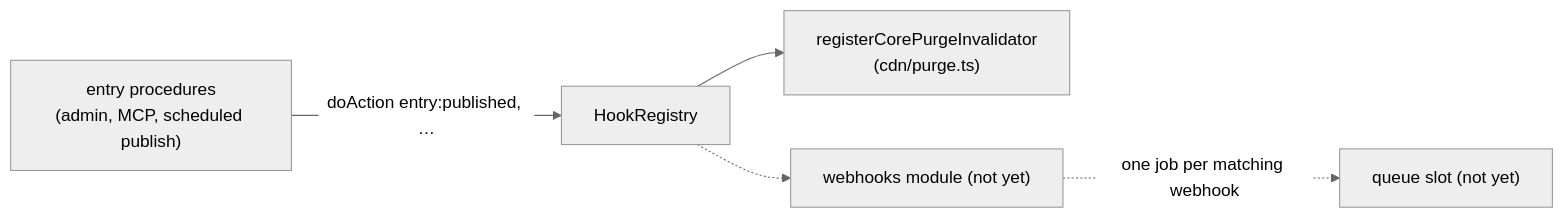
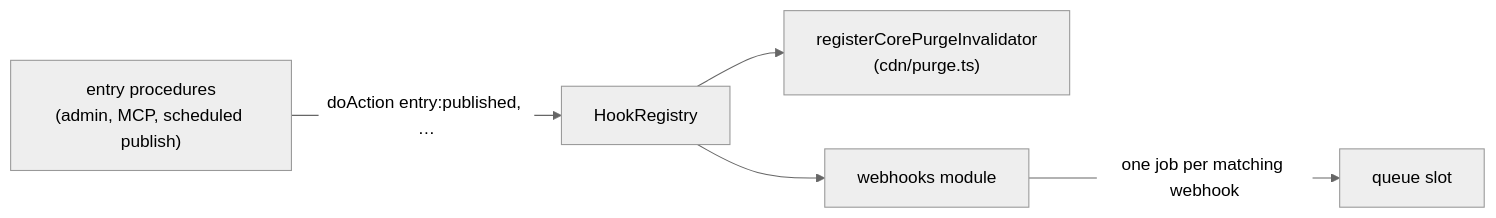
One commit to withplumix/plumix changed the second of 2 diagrams in docs/architecture/hooks.md. Above: the diagram before and after it, drawn with Mermaid (neutral theme). The commit also changed other lines of this file and 23 other files, not shown here.

````diff
--- a/docs/architecture/hooks.md
+++ b/docs/architecture/hooks.md
@@ -22,7 +22,7 @@
 ```mermaid
 flowchart LR
   proc["entry procedures<br/>(admin, MCP, scheduled publish)"] -->|"doAction entry:published, …"| H["HookRegistry"]
   H --> purge["registerCorePurgeInvalidator<br/>(cdn/purge.ts)"]
-  H -.-> wh["webhooks module (not yet)"]
-  wh -.->|"one job per matching webhook"| q["queue slot (not yet)"]
+  H --> wh["webhooks module"]
+  wh -->|"one job per matching webhook"| q["queue slot"]
 ```
````
